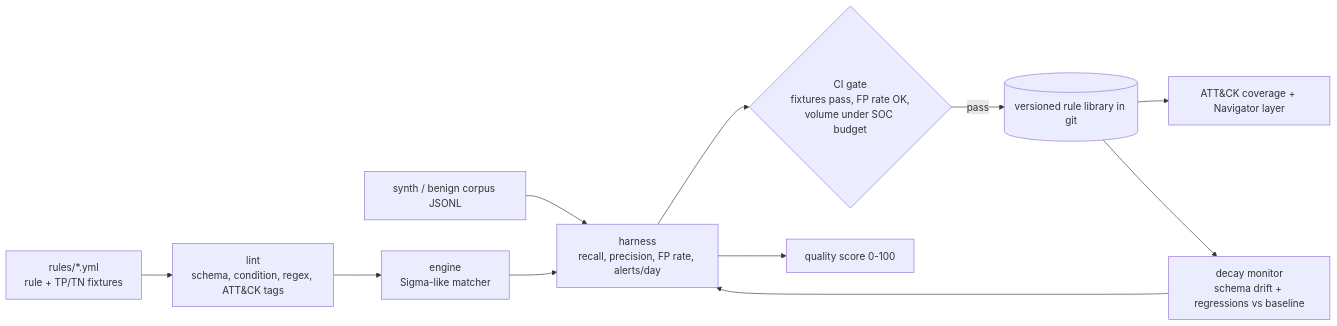
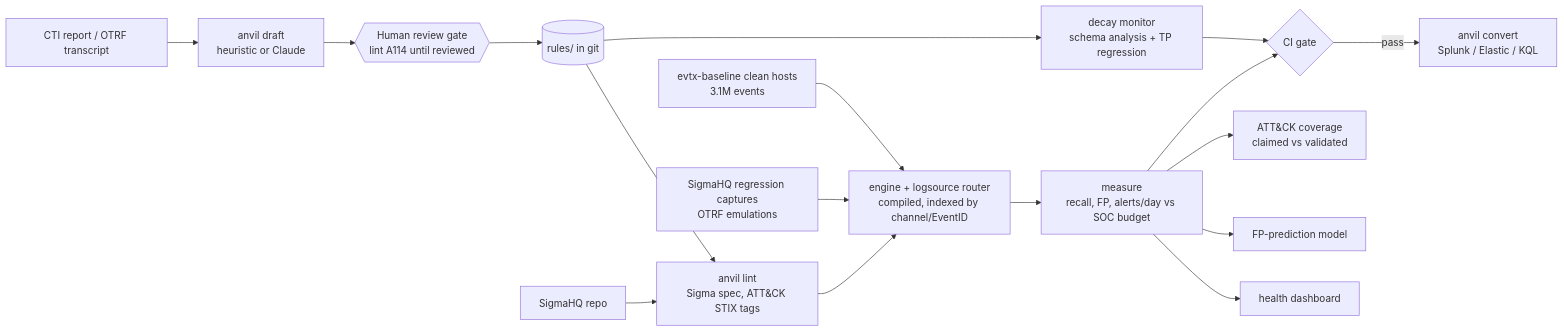
One commit to rakshit-737/anvil changed the diagram in README.md. Above: the diagram before and after it, drawn with Mermaid. The commit also changed other lines of this file and 1 other file, not shown here.

````diff
--- a/README.md
+++ b/README.md
@@ -9,13 +27,19 @@
 ```mermaid
 flowchart LR
-  R[rules/*.yml<br/>rule + TP/TN fixtures] --> L[lint<br/>schema, condition, regex, ATT&CK tags]
-  L --> E[engine<br/>Sigma-like matcher]
-  S[synth / benign corpus JSONL] --> H
-  E --> H[harness<br/>recall, precision, FP rate, alerts/day]
-  H --> G{CI gate<br/>fixtures pass, FP rate OK,<br/>volume under SOC budget}
-  G -->|pass| LIB[(versioned rule library in git)]
-  H --> Q[quality score 0-100]
-  LIB --> C[ATT&CK coverage + Navigator layer]
-  LIB --> D[decay monitor<br/>schema drift + regressions vs baseline]
-  D --> H
+  CTI[CTI report / OTRF transcript] --> DR[anvil draft<br/>heuristic or Claude]
+  DR --> RV{{Human review gate<br/>lint A114 until reviewed}}
+  RV --> LIB[(rules/ in git)]
+  SIG[SigmaHQ repo] --> LINT
+  LIB --> LINT[anvil lint<br/>Sigma spec, ATT&CK STIX tags]
+  LINT --> ENG[engine + logsource router<br/>compiled, indexed by channel/EventID]
+  TP[SigmaHQ regression captures<br/>OTRF emulations] --> ENG
+  BEN[evtx-baseline clean hosts<br/>3.1M events] --> ENG
+  ENG --> M[measure<br/>recall, FP, alerts/day vs SOC budget]
+  M --> GATE{CI gate}
+  GATE -->|pass| DEP[anvil convert<br/>Splunk / Elastic / KQL]
+  M --> COV[ATT&CK coverage<br/>claimed vs validated]
+  M --> FPM[FP-prediction model]
+  LIB --> DEC[decay monitor<br/>schema analysis + TP regression]
+  DEC --> GATE
+  M --> DASH[health dashboard]
 ```
````
